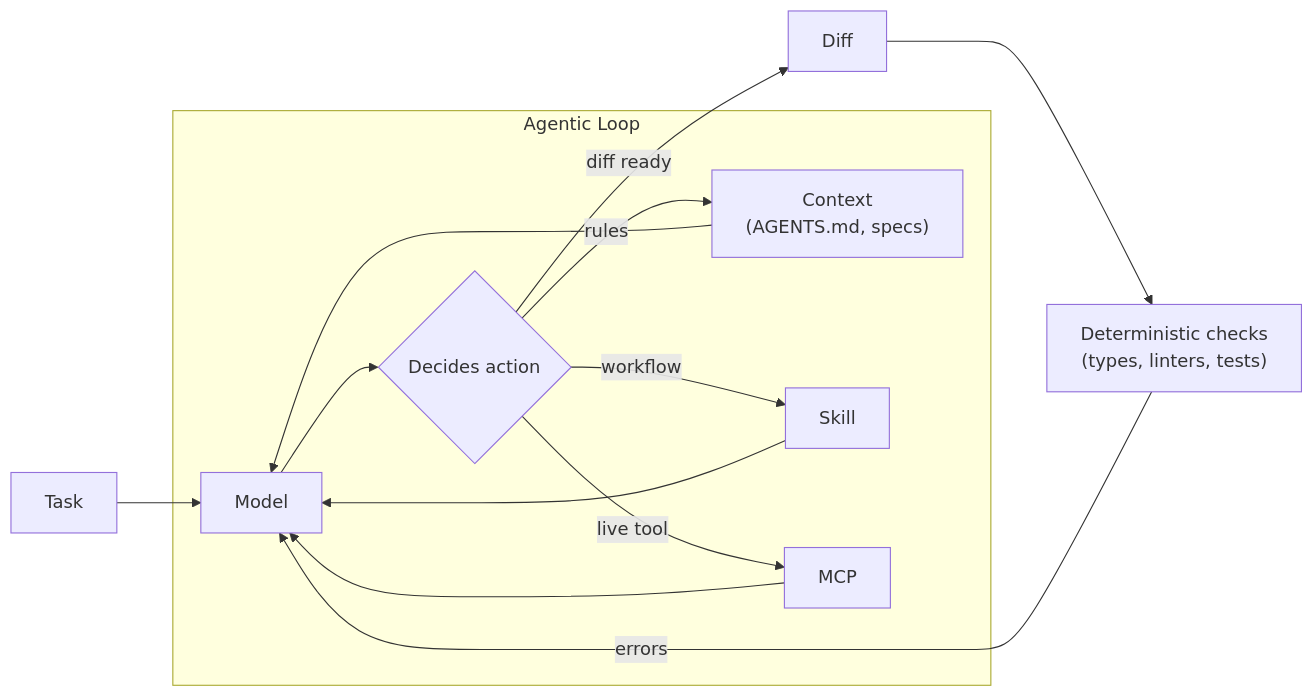
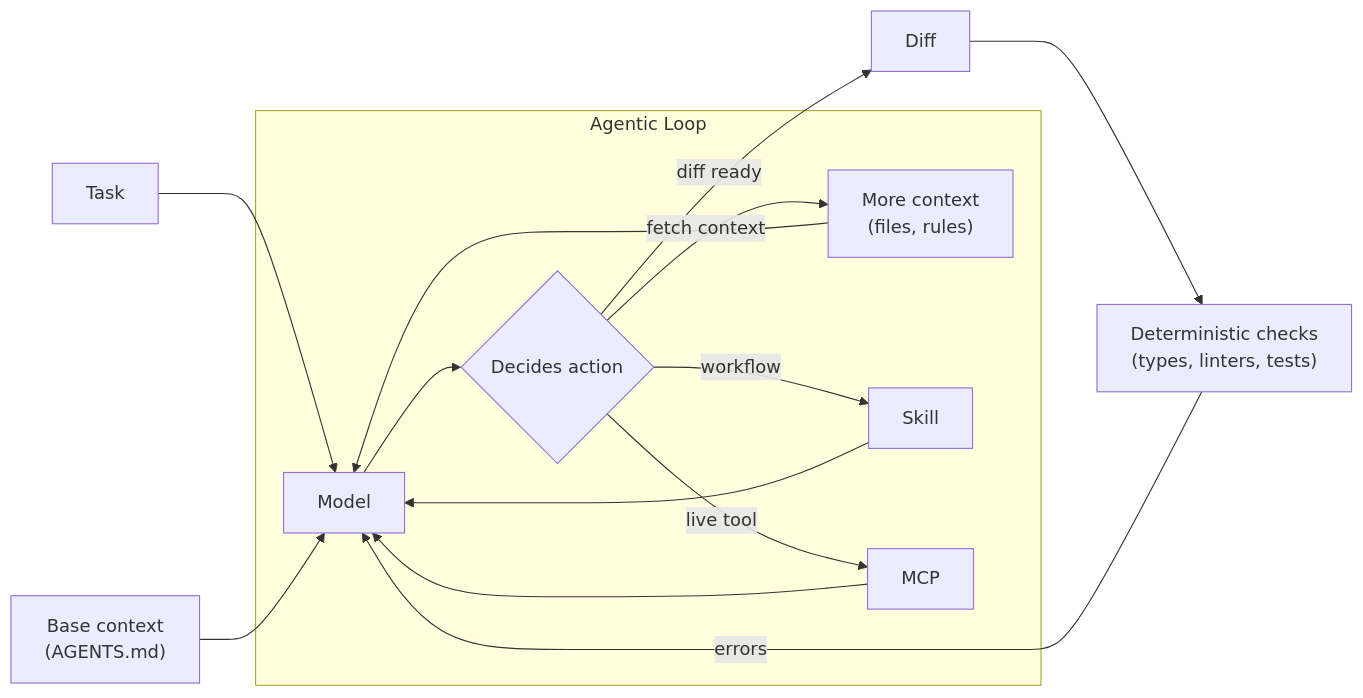
The diagram in posts/26-10-03-agentic-harness-fundamentals/index.qmd (bwrob/bwrob.github.io), drawn with Mermaid before and after one commit. The commit also changed other lines of this file, not shown here.

Commit message:
feat(posts): update mermaid graph to show base context input and dynamic fetch context decision

````diff
--- a/posts/26-10-03-agentic-harness-fundamentals/index.qmd
+++ b/posts/26-10-03-agentic-harness-fundamentals/index.qmd
@@ -38,18 +39,19 @@
 ```{mermaid}
 flowchart LR
     Task["Task"] --> Model["Model"]
+    BaseCtx["Base context<br/>(AGENTS.md)"] --> Model
 
     subgraph AgentLoop["Agentic Loop"]
         Model --> Decision{"Decides action"}
-        Decision -- "rules" --> Context["Context<br/>(AGENTS.md, specs)"]
+        Decision -- "fetch context" --> Ctx["More context<br/>(files, rules)"]
         Decision -- "workflow" --> Skills["Skill"]
         Decision -- "live tool" --> MCP["MCP"]
-        Context --> Model
+        Ctx --> Model
         Skills --> Model
         MCP --> Model
     end
 
     Decision -- "diff ready" --> Diff["Diff"]
     Diff --> Checks["Deterministic checks<br/>(types, linters, tests)"]
     Checks -- "errors" --> Model
 ```
````
